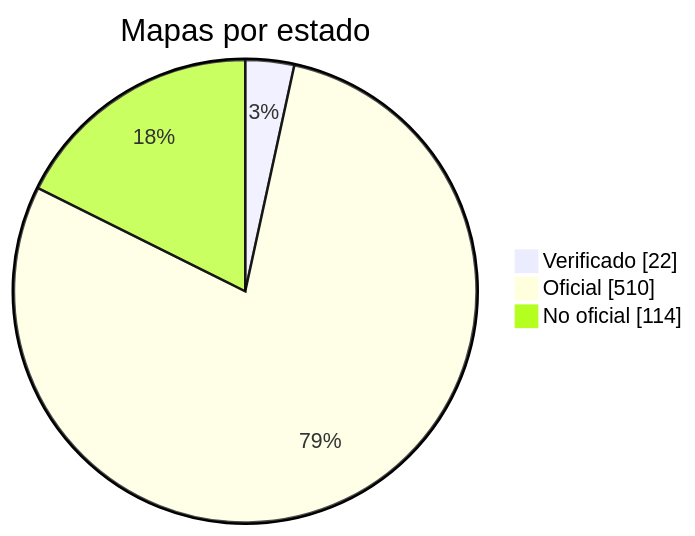
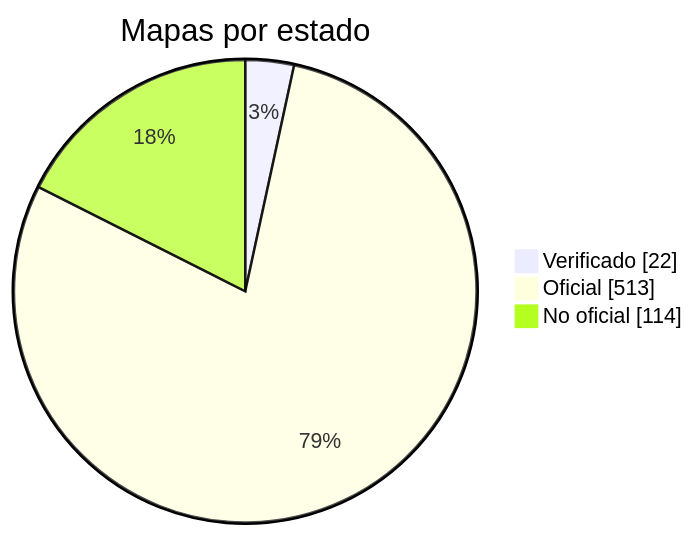
The diagram in docs/readme/README_ES.md (nobrega8/mbmap-library), drawn with Mermaid before and after one commit. The commit also changed 8 other files, not shown here.

````diff
--- a/docs/readme/README_ES.md
+++ b/docs/readme/README_ES.md
@@ -54,7 +54,7 @@
 ```mermaid
 pie showData
     title Mapas por estado
     "Verificado" : 22
-    "Oficial" : 510
+    "Oficial" : 513
     "No oficial" : 114
 ```
````
